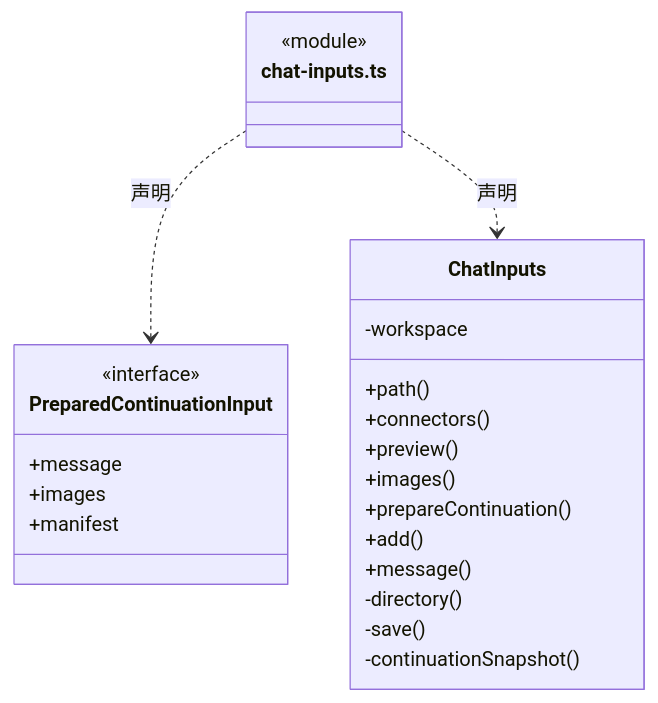
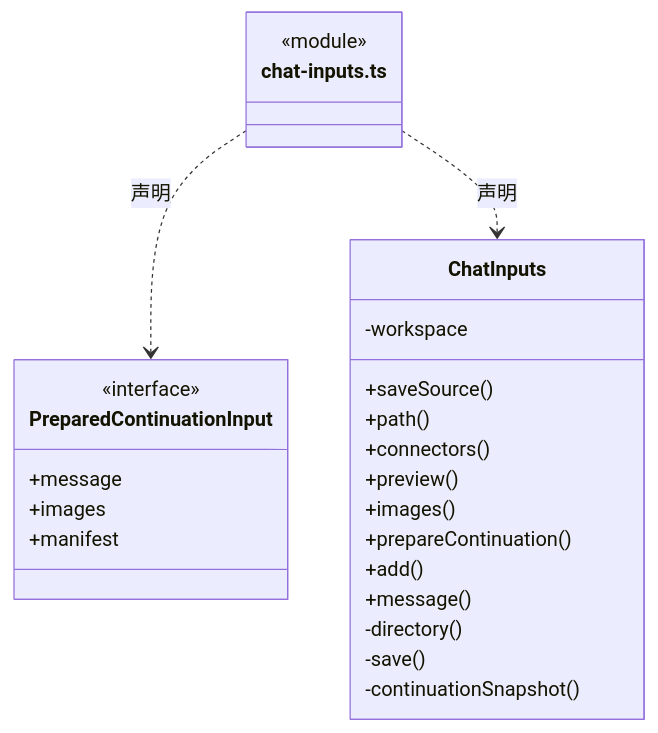
One commit to nan023062/cbim changed the third of 12 diagrams in src/backend/main/persistence/tasks/ARCHITECTURE.md. Above: the diagram before and after it, drawn with Mermaid. The commit also changed other lines of this file and 64 other files, not shown here.

````diff
--- a/src/backend/main/persistence/tasks/ARCHITECTURE.md
+++ b/src/backend/main/persistence/tasks/ARCHITECTURE.md
@@ -56,27 +58,28 @@
 ```mermaid
 classDiagram
 class N_src_backend_main_persistence_tasks_chat_inputs_ts["chat-inputs.ts"] {
   <<module>>
 }
 class N_src_backend_main_persistence_tasks_chat_inputs_ts_PreparedContinuationInput["PreparedContinuationInput"] {
   <<interface>>
   +message
   +images
   +manifest
 }
 N_src_backend_main_persistence_tasks_chat_inputs_ts ..> N_src_backend_main_persistence_tasks_chat_inputs_ts_PreparedContinuationInput : 声明
 class N_src_backend_main_persistence_tasks_chat_inputs_ts_ChatInputs["ChatInputs"] {
+  +saveSource()
   +path()
   +connectors()
   +preview()
   +images()
   +prepareContinuation()
   +add()
   +message()
   -workspace
   -directory()
   -save()
   -continuationSnapshot()
 }
 N_src_backend_main_persistence_tasks_chat_inputs_ts ..> N_src_backend_main_persistence_tasks_chat_inputs_ts_ChatInputs : 声明
 ```
````
